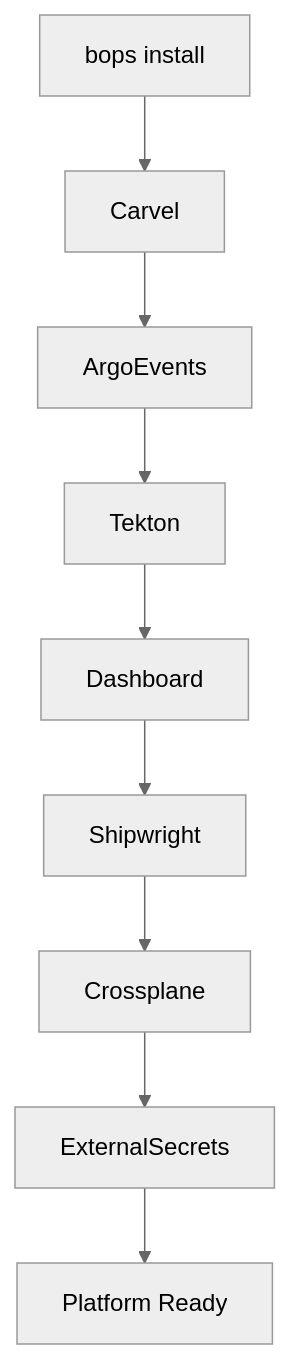
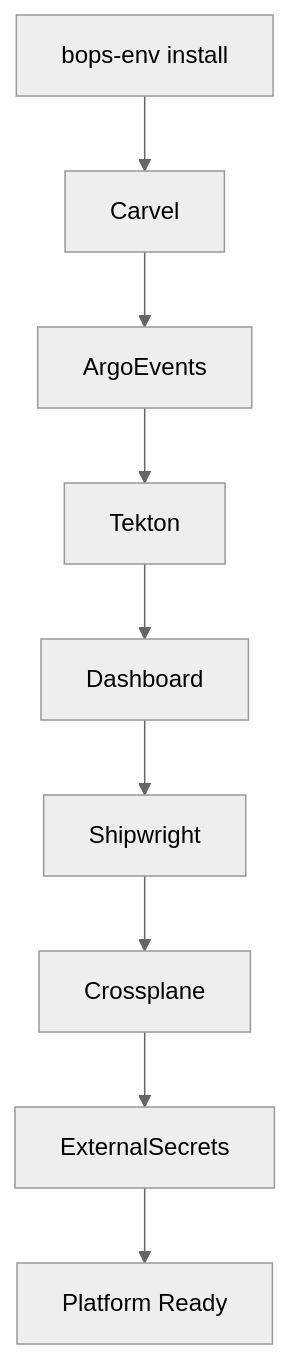
One commit to blanketops/environments-cli changed the second of 2 diagrams in README.md. Above: the diagram before and after it, drawn with Mermaid (neutral theme). The commit also changed other lines of this file and 12 other files, not shown here.

First line of the commit message:
feat: rename bops to bops-env, implement self-install, fix install order

````diff
--- a/README.md
+++ b/README.md
@@ -136,11 +136,11 @@
 ```mermaid
 flowchart TD
-    Start[bops install] --> Carvel
+    Start[bops-env install] --> Carvel
     Carvel --> ArgoEvents
     ArgoEvents --> Tekton
     Tekton --> Dashboard
     Dashboard --> Shipwright
     Shipwright --> Crossplane
     Crossplane --> ExternalSecrets
     ExternalSecrets --> Done[Platform Ready]
 ```
````
